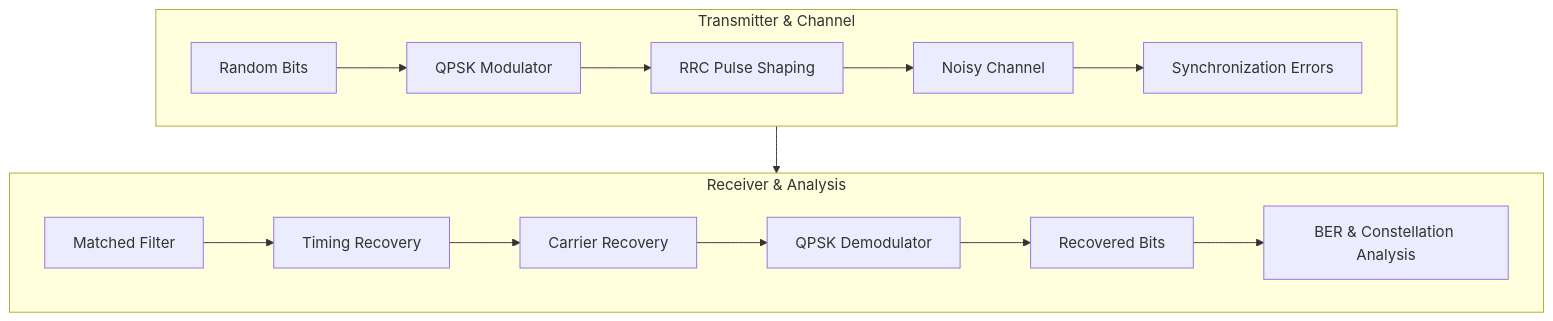
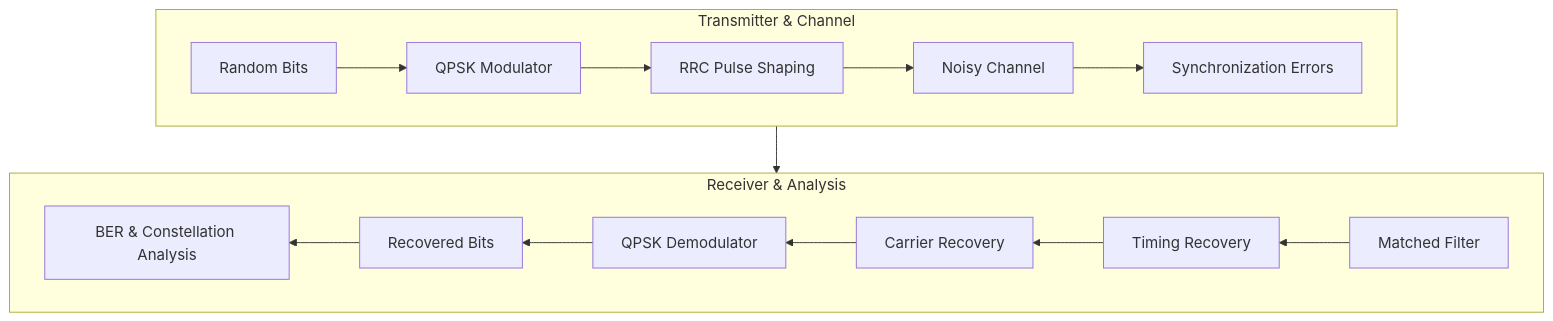
The diagram in README.md (Lukaku-1/adc-project-QPSK), drawn with Mermaid before and after one commit.

````diff
--- a/README.md
+++ b/README.md
@@ -12,16 +12,16 @@
 ```mermaid
 flowchart TB
-    subgraph Transmitter [Transmitter & Channel]
+    subgraph Row1 [Transmitter & Channel]
         direction LR
         A[Random Bits] --> B[QPSK Modulator] --> C[RRC Pulse Shaping] --> D[Noisy Channel] --> E[Synchronization Errors]
     end
 
-    subgraph Receiver [Receiver & Analysis]
-        direction LR
+    subgraph Row2 [Receiver & Analysis]
+        direction RL
         F[Matched Filter] --> G[Timing Recovery] --> H[Carrier Recovery] --> I[QPSK Demodulator] --> J[Recovered Bits] --> K[BER & Constellation Analysis]
     end
 
+    %% Connect the end of the top row (E) to the start of the bottom row (F)
     E --> F
 
-
 ```
````
